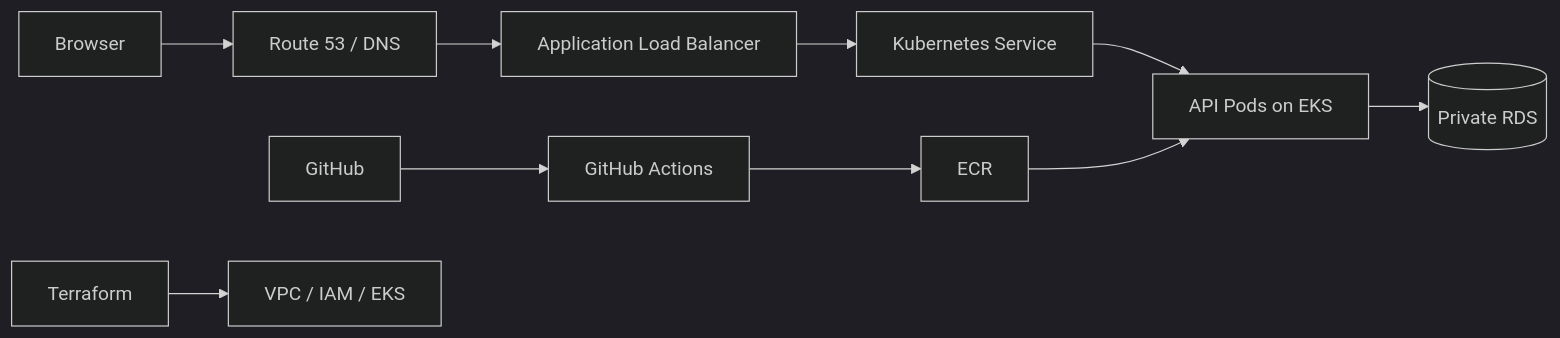
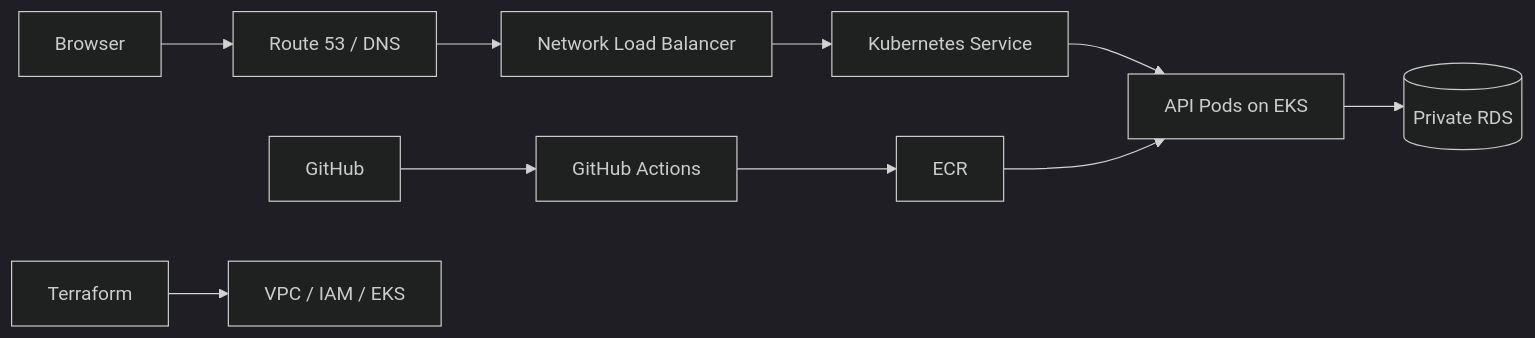
The diagram in README.md (YuuneesIBH/aws-devops-zero-to-production), drawn with Mermaid (dark theme) before and after one commit. The commit also changed other lines of this file and 19 other files, not shown here.

````diff
--- a/README.md
+++ b/README.md
@@ -27,12 +27,12 @@
 ```mermaid
 flowchart LR
   Browser --> DNS[Route 53 / DNS]
-  DNS --> ALB[Application Load Balancer]
-  ALB --> Service[Kubernetes Service]
+  DNS --> NLB[Network Load Balancer]
+  NLB --> Service[Kubernetes Service]
   Service --> Pod[API Pods on EKS]
   Pod --> DB[(Private RDS)]
   GitHub --> CI[GitHub Actions]
   CI --> ECR
   ECR --> Pod
   Terraform --> VPC[VPC / IAM / EKS]
 ```
````
